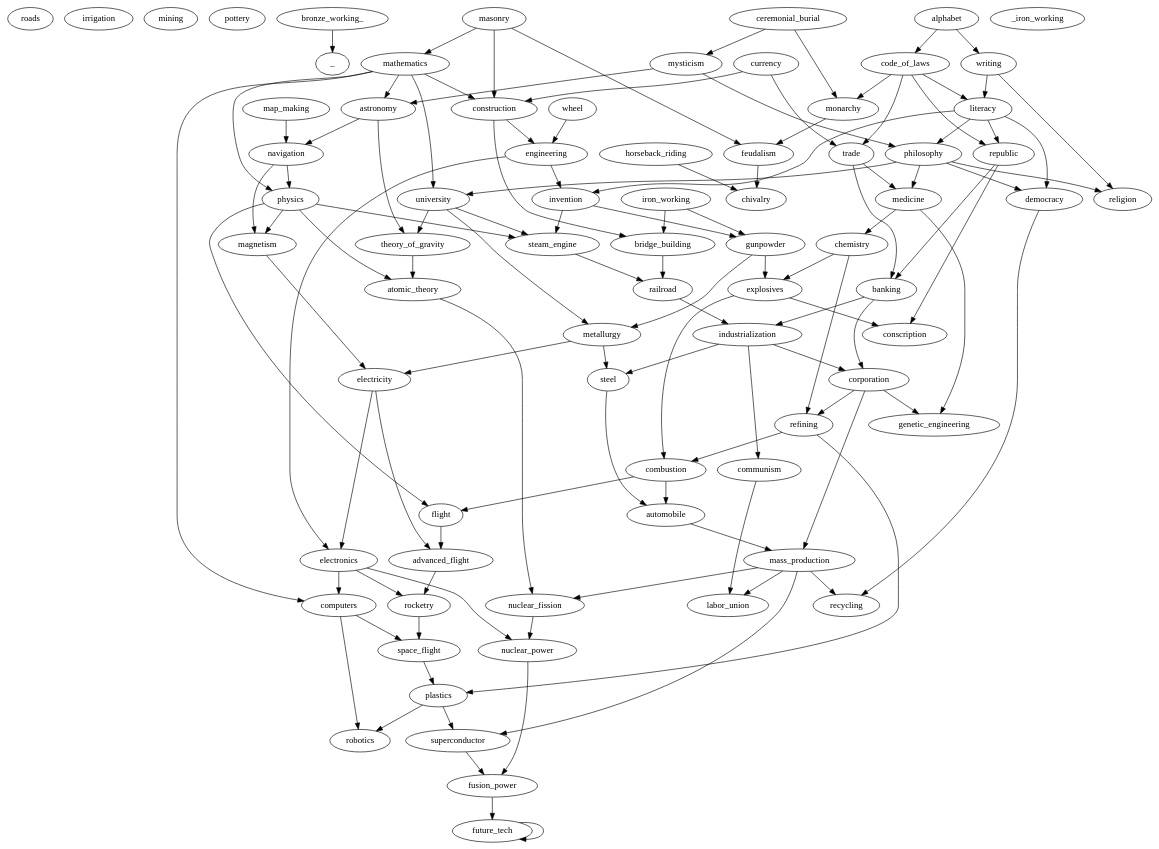
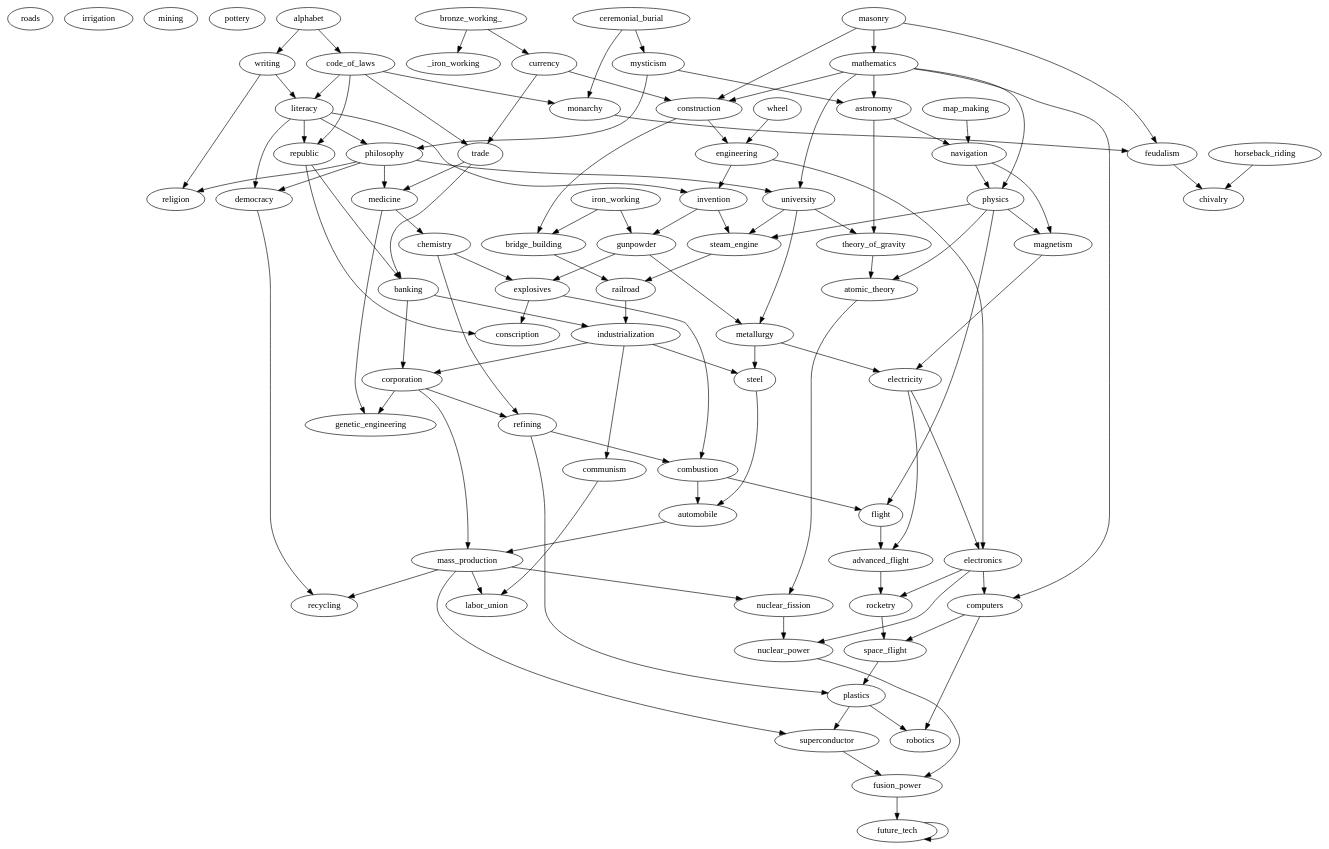
Before and after one commit to jgrey4296/jgrey4296.github.io: the diagram in site/_posts/civ_techtrees/data/civ1.dot, drawn with Graphviz. The commit also changed 8 other files, not shown here.

```diff
--- a/site/_posts/civ_techtrees/data/civ1.dot
+++ b/site/_posts/civ_techtrees/data/civ1.dot
@@ -1,73 +1,73 @@
 digraph civ1 {
     roads;
     irrigation;
     mining;
     pottery;
-    bronze_working_     ->_{currency;_iron_working};
+    bronze_working_     -> {currency;_iron_working};
     alphabet            -> {writing; code_of_laws};
     advanced_flight     -> {rocketry};
     astronomy           -> {theory_of_gravity; navigation};
     atomic_theory       -> {nuclear_fission};
     automobile          -> {mass_production};
     banking             -> {industrialization; corporation};
     bridge_building     -> {railroad};
     ceremonial_burial   -> {mysticism; monarchy};
     chemistry           -> {explosives; refining};
     chivalry            -> {};
     code_of_laws        -> {trade; republic; literacy; monarchy};
     combustion          -> {flight; automobile};
     communism           -> {labor_union};
     computers           -> {space_flight; robotics};
     conscription        -> {};
     construction        -> {engineering; bridge_building};
     corporation         -> {genetic_engineering; mass_production; refining};
     currency            -> {trade; construction};
     democracy           -> {recycling};
     electricity         -> {electronics; advanced_flight};
     electronics         -> {computers; rocketry; nuclear_power};
     engineering         -> {invention; electronics};
     explosives          -> {combustion; conscription};
     feudalism           -> {chivalry};
     flight              -> {advanced_flight};
     fusion_power        -> {future_tech};
     future_tech         -> {future_tech};
     genetic_engineering -> {};
     gunpowder           -> {metallurgy; explosives};
     horseback_riding    -> {chivalry};
     industrialization   -> {corporation; communism; steel};
     invention           -> {steam_engine; gunpowder};
     iron_working        -> {bridge_building; gunpowder};
     labor_union         -> {};
     literacy            -> {philosophy; republic; democracy; invention};
     magnetism           -> {electricity};
     map_making          -> {navigation};
     masonry             -> {construction; mathematics; feudalism};
     mass_production     -> {labor_union; nuclear_fission; superconductor; recycling};
     mathematics         -> {physics; astronomy; construction; computers; university};
     medicine            -> {genetic_engineering; chemistry};
     metallurgy          -> {steel; electricity};
     monarchy            -> {feudalism};
     mysticism           -> {astronomy; philosophy};
     navigation          -> {physics; magnetism};
     nuclear_fission     -> {nuclear_power};
     nuclear_power       -> {fusion_power};
     philosophy          -> {democracy; medicine; religion; university};
     physics             -> {atomic_theory; steam_engine; magnetism; flight};
     plastics            -> {superconductor; robotics};
     railroad            -> {industrialization};
     recycling           -> {};
     refining            -> {combustion; plastics};
     religion            -> {};
     republic            -> {banking; conscription};
     robotics            -> {};
     rocketry            -> {space_flight};
     space_flight        -> {plastics};
     steam_engine        -> {railroad};
     steel               -> {automobile};
     superconductor      -> {fusion_power};
     theory_of_gravity   -> {atomic_theory};
     trade               -> {banking; medicine};
     university          -> {steam_engine; metallurgy; theory_of_gravity};
     wheel               -> {engineering};
     writing             -> {literacy; religion};
 }
```
